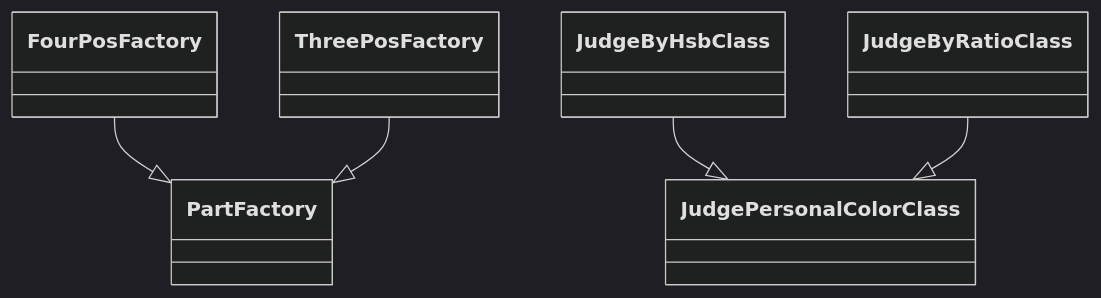
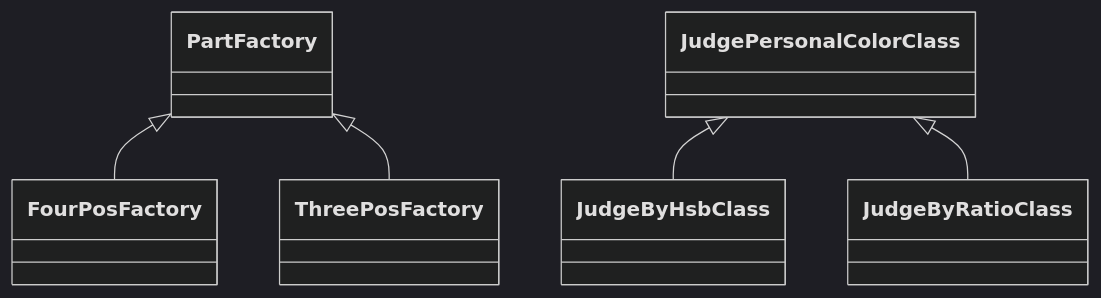
Before and after one commit to data2coordi/pub_faceJudge: the first of 5 diagrams in classDiagram.md, drawn with Mermaid (dark theme).

````diff
--- a/classDiagram.md
+++ b/classDiagram.md
@@ -2,8 +2,8 @@
 ```mermaid
 classDiagram
-FourPosFactory --|> PartFactory
-JudgeByHsbClass --|> JudgePersonalColorClass
-JudgeByRatioClass --|> JudgePersonalColorClass
-ThreePosFactory --|> PartFactory
+PartFactory <|-- FourPosFactory 
+JudgePersonalColorClass <|-- JudgeByHsbClass 
+JudgePersonalColorClass <|--  JudgeByRatioClass 
+PartFactory <|--  ThreePosFactory 
 
 ```
````
